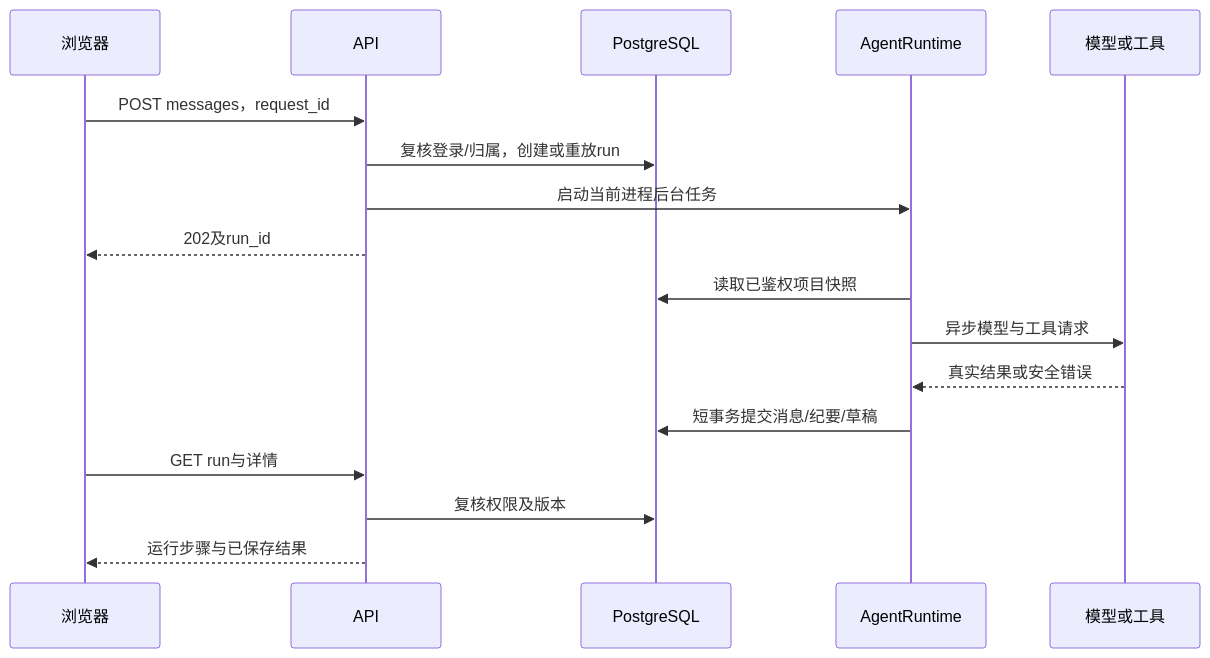
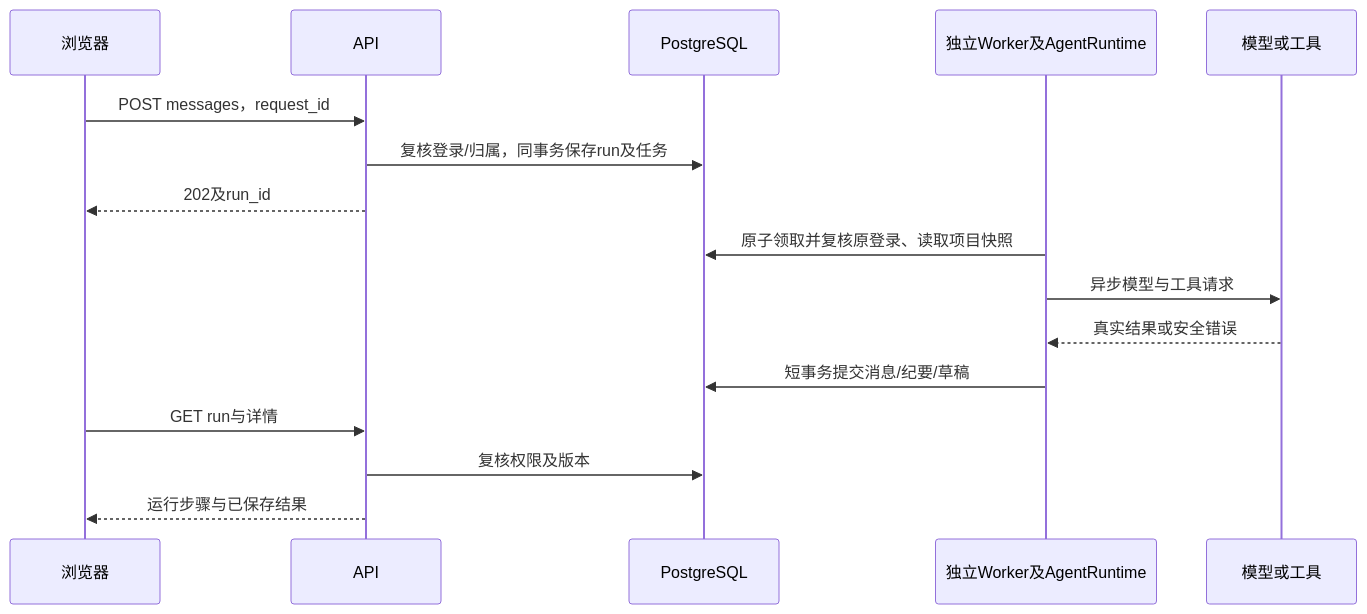
One commit to xiaoyueQH/SmartDraft-AI- changed the second of 3 diagrams in docs/执行架构.md. Above: the diagram before and after it, drawn with Mermaid. The commit also changed other lines of this file and 35 other files, not shown here.

````diff
--- a/docs/执行架构.md
+++ b/docs/执行架构.md
@@ -49,19 +51,18 @@
 ```mermaid
 sequenceDiagram
     participant U as 浏览器
     participant A as API
     participant P as PostgreSQL
-    participant R as AgentRuntime
+    participant R as 独立Worker及AgentRuntime
     participant M as 模型或工具
     U->>A: POST messages，request_id
-    A->>P: 复核登录/归属，创建或重放run
-    A->>R: 启动当前进程后台任务
+    A->>P: 复核登录/归属，同事务保存run及任务
     A-->>U: 202及run_id
-    R->>P: 读取已鉴权项目快照
+    R->>P: 原子领取并复核原登录、读取项目快照
     R->>M: 异步模型与工具请求
     M-->>R: 真实结果或安全错误
     R->>P: 短事务提交消息/纪要/草稿
     U->>A: GET run与详情
     A->>P: 复核权限及版本
     A-->>U: 运行步骤与已保存结果
 ```
````
